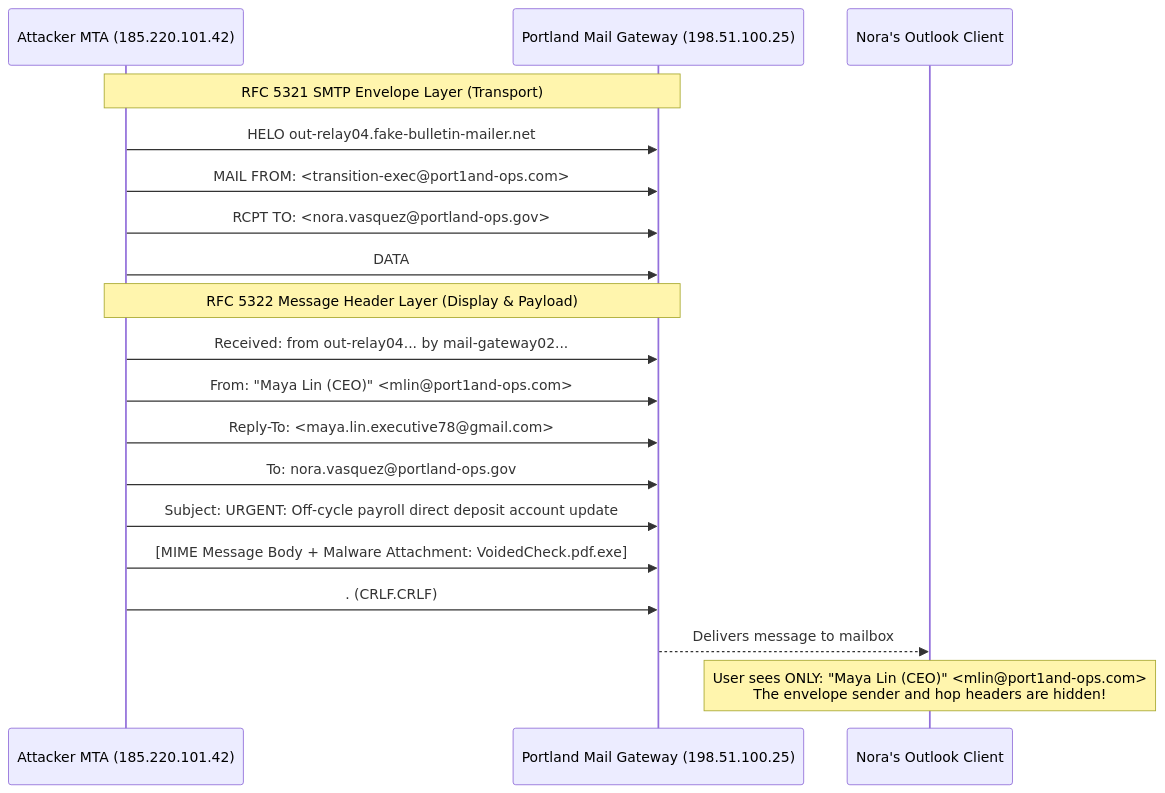
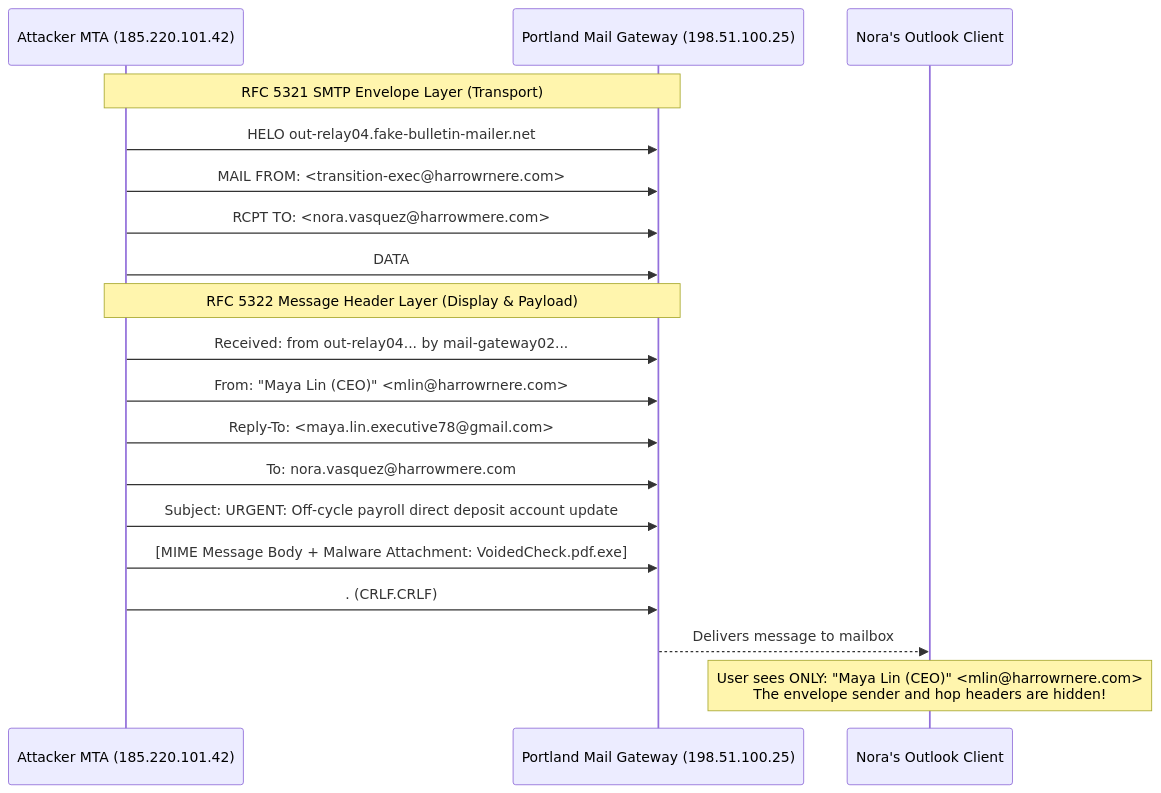
One commit to cwarloe/learning-narrative-kit changed the first of 3 diagrams in docs/portland-desk/workbench/09-dont-click-that.md. Above: the diagram before and after it, drawn with Mermaid. The commit also changed other lines of this file and 94 other files, not shown here.

````diff
--- a/docs/portland-desk/workbench/09-dont-click-that.md
+++ b/docs/portland-desk/workbench/09-dont-click-that.md
@@ -67,24 +67,24 @@
 ```mermaid
 sequenceDiagram
     participant Sender as Attacker MTA (185.220.101.42)
     participant Gateway as Portland Mail Gateway (198.51.100.25)
     participant Recipient as Nora's Outlook Client
 
     Note over Sender,Gateway: RFC 5321 SMTP Envelope Layer (Transport)
     Sender->>Gateway: HELO out-relay04.fake-bulletin-mailer.net
-    Sender->>Gateway: MAIL FROM: <transition-exec@port1and-ops.com>
-    Sender->>Gateway: RCPT TO: <nora.vasquez@portland-ops.gov>
+    Sender->>Gateway: MAIL FROM: <transition-exec@harrowrnere.com>
+    Sender->>Gateway: RCPT TO: <nora.vasquez@harrowmere.com>
     Sender->>Gateway: DATA
 
     Note over Sender,Gateway: RFC 5322 Message Header Layer (Display & Payload)
     Sender->>Gateway: Received: from out-relay04... by mail-gateway02...
-    Sender->>Gateway: From: "Maya Lin (CEO)" <mlin@port1and-ops.com>
+    Sender->>Gateway: From: "Maya Lin (CEO)" <mlin@harrowrnere.com>
     Sender->>Gateway: Reply-To: <maya.lin.executive78@gmail.com>
-    Sender->>Gateway: To: nora.vasquez@portland-ops.gov
+    Sender->>Gateway: To: nora.vasquez@harrowmere.com
     Sender->>Gateway: Subject: URGENT: Off-cycle payroll direct deposit account update
     Sender->>Gateway: [MIME Message Body + Malware Attachment: VoidedCheck.pdf.exe]
     Sender->>Gateway: . (CRLF.CRLF)
 
     Gateway-->>Recipient: Delivers message to mailbox
-    Note over Recipient: User sees ONLY: "Maya Lin (CEO)" <mlin@port1and-ops.com><br/>The envelope sender and hop headers are hidden!
+    Note over Recipient: User sees ONLY: "Maya Lin (CEO)" <mlin@harrowrnere.com><br/>The envelope sender and hop headers are hidden!
 ```
````
